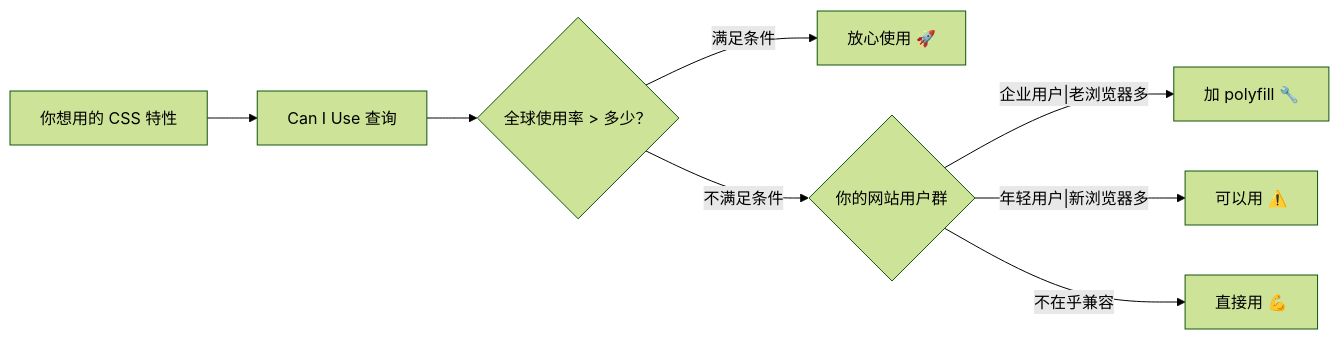
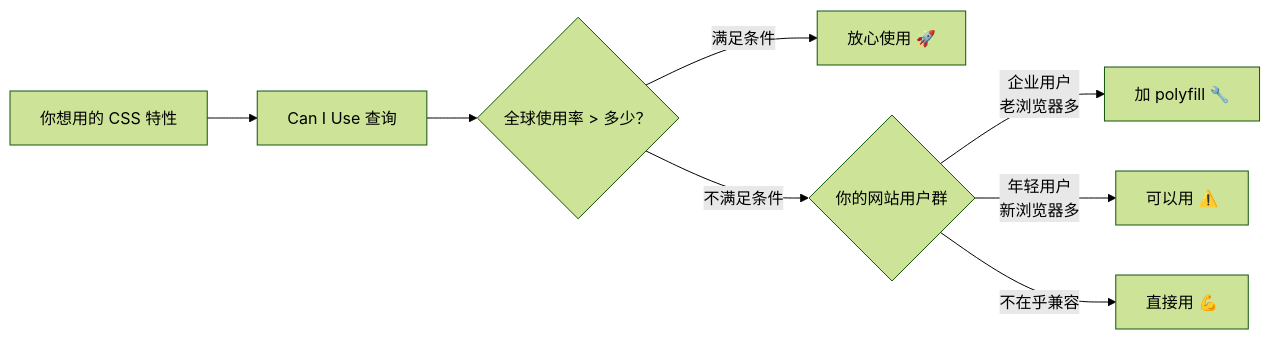
One commit to before80/prgms changed the seventh of 8 diagrams in content/CSS/basic/Chapter-01-What-is-CSS.md. Above: the diagram before and after it, drawn with Mermaid (forest theme). The commit also changed other lines of this file and 1645 other files, not shown here.

````diff
--- a/content/CSS/basic/Chapter-01-What-is-CSS.md
+++ b/content/CSS/basic/Chapter-01-What-is-CSS.md
@@ -1297,10 +1297,10 @@
 ```mermaid
 graph LR
     A["你想用的 CSS 特性"] --> B["Can I Use 查询"]
     B --> C{"全球使用率 > 多少？"}
     C -->|"满足条件"| D["放心使用 🚀"]
     C -->|"不满足条件"| E{"你的网站用户群"}
-    E -->|"企业用户|老浏览器多"| F["加 polyfill 🔧"]
-    E -->|"年轻用户|新浏览器多"| G["可以用 ⚠️"]
+    E -->|"企业用户<br/>老浏览器多"| F["加 polyfill 🔧"]
+    E -->|"年轻用户<br/>新浏览器多"| G["可以用 ⚠️"]
     E -->|"不在乎兼容"| H["直接用 💪"]
 ```
````
